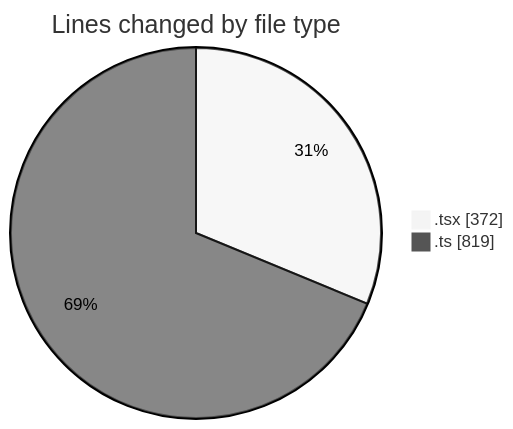
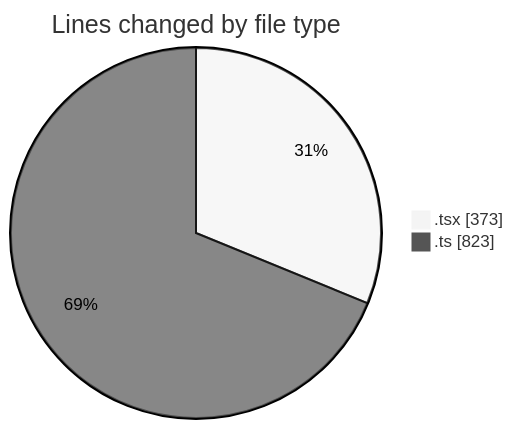
The first of 2 diagrams in 2025-10-20/eventscop-frontend-guide__workspace_/README.md (julien-gomy/code-tracking), drawn with Mermaid (neutral theme) before and after one commit. The commit also changed other lines of this file and 1 other file, not shown here.

````diff
--- a/2025-10-20/eventscop-frontend-guide__workspace_/README.md
+++ b/2025-10-20/eventscop-frontend-guide__workspace_/README.md
@@ -31,6 +31,6 @@
 ```mermaid
 pie showData
 title Lines changed by file type
-".tsx" : 372
-".ts" : 819
+".tsx" : 373
+".ts" : 823
 ```
````
